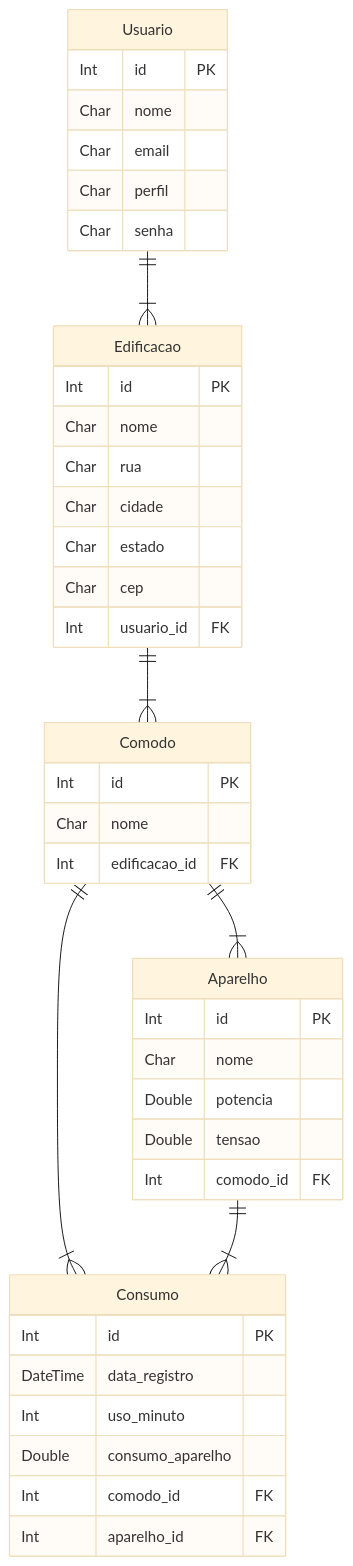
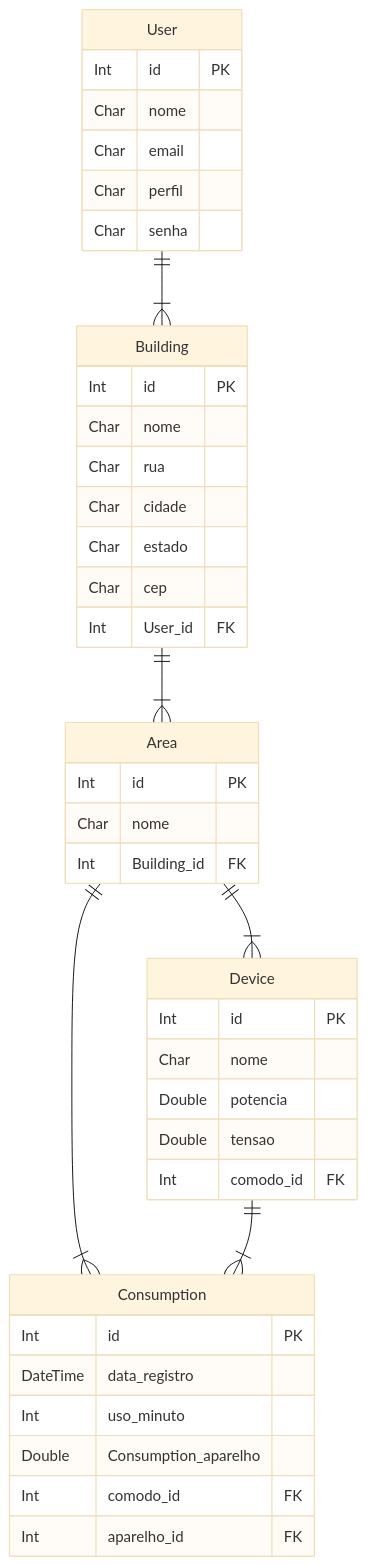
The second of 2 diagrams in README.md (viniciussartini/lumitrack-backend), drawn with Mermaid (base theme) before and after one commit. The commit also changed other lines of this file and 1 other file, not shown here.

````diff
--- a/README.md
+++ b/README.md
@@ -128,50 +137,50 @@
 ```mermaid
 erDiagram
 
-Usuario ||--|{Edificacao : ""
-Edificacao ||--|{Comodo : ""
-Comodo ||--|{Aparelho : ""
-Comodo ||--|{Consumo : ""
-Aparelho ||--|{Consumo : ""
+User ||--|{Building : ""
+Building ||--|{Area : ""
+Area ||--|{Device : ""
+Area ||--|{Consumption : ""
+Device ||--|{Consumption : ""
 
-Usuario {
+User {
     Int id PK
     Char nome
     Char email
     Char perfil
     Char senha
 }
 
-Edificacao {
+Building {
     Int id PK
     Char nome
     Char rua
     Char cidade
     Char estado
     Char cep
-    Int usuario_id FK
+    Int User_id FK
 }
 
-Comodo {
+Area {
     Int id PK
     Char nome
-    Int edificacao_id FK
+    Int Building_id FK
 }
 
-Aparelho {
+Device {
     Int id PK
     Char nome
     Double potencia
     Double tensao
     Int comodo_id FK
 }
 
-Consumo {
+Consumption {
     Int id PK
     DateTime data_registro
     Int uso_minuto
-    Double consumo_aparelho
+    Double Consumption_aparelho
     Int comodo_id FK
     Int aparelho_id FK
 }
 ```
````
